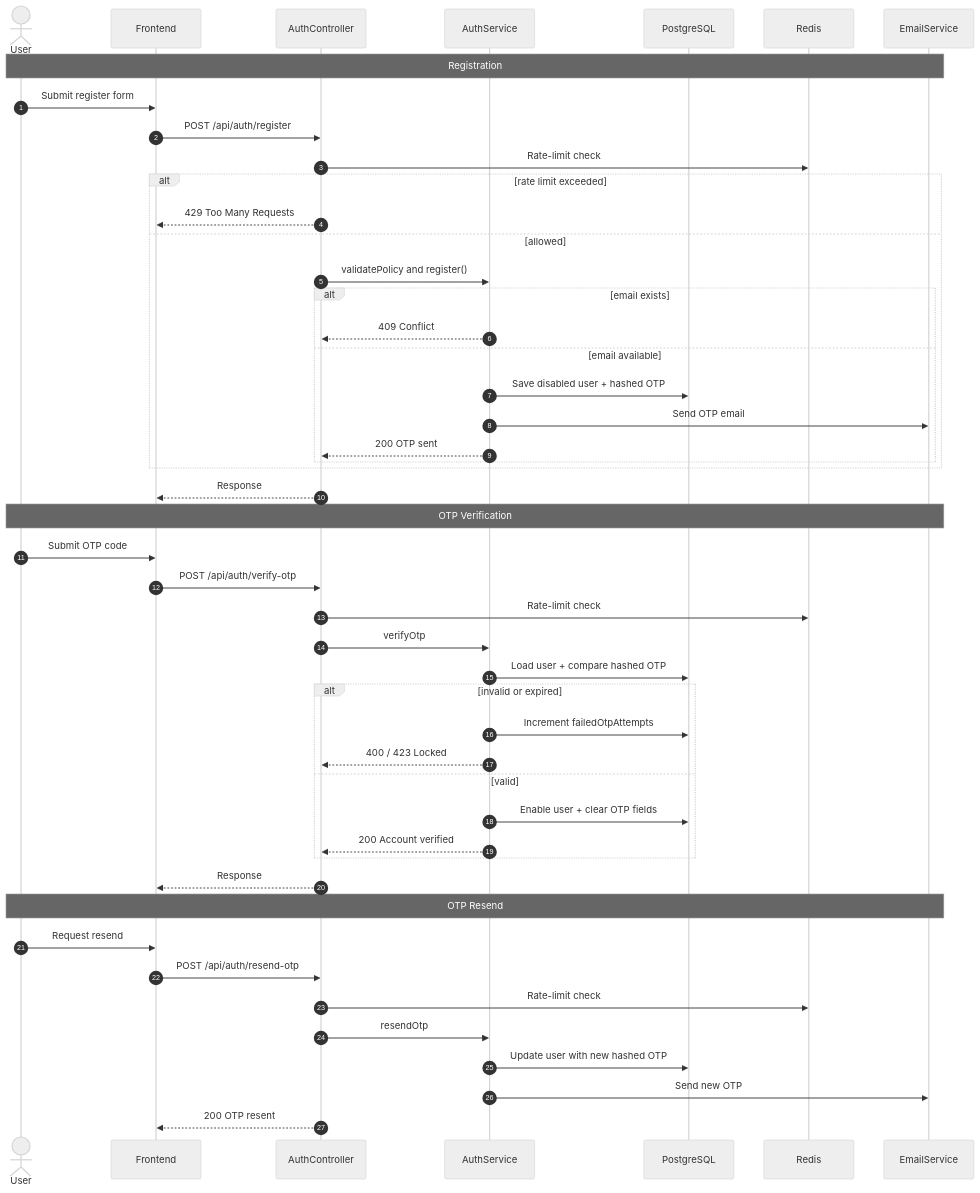
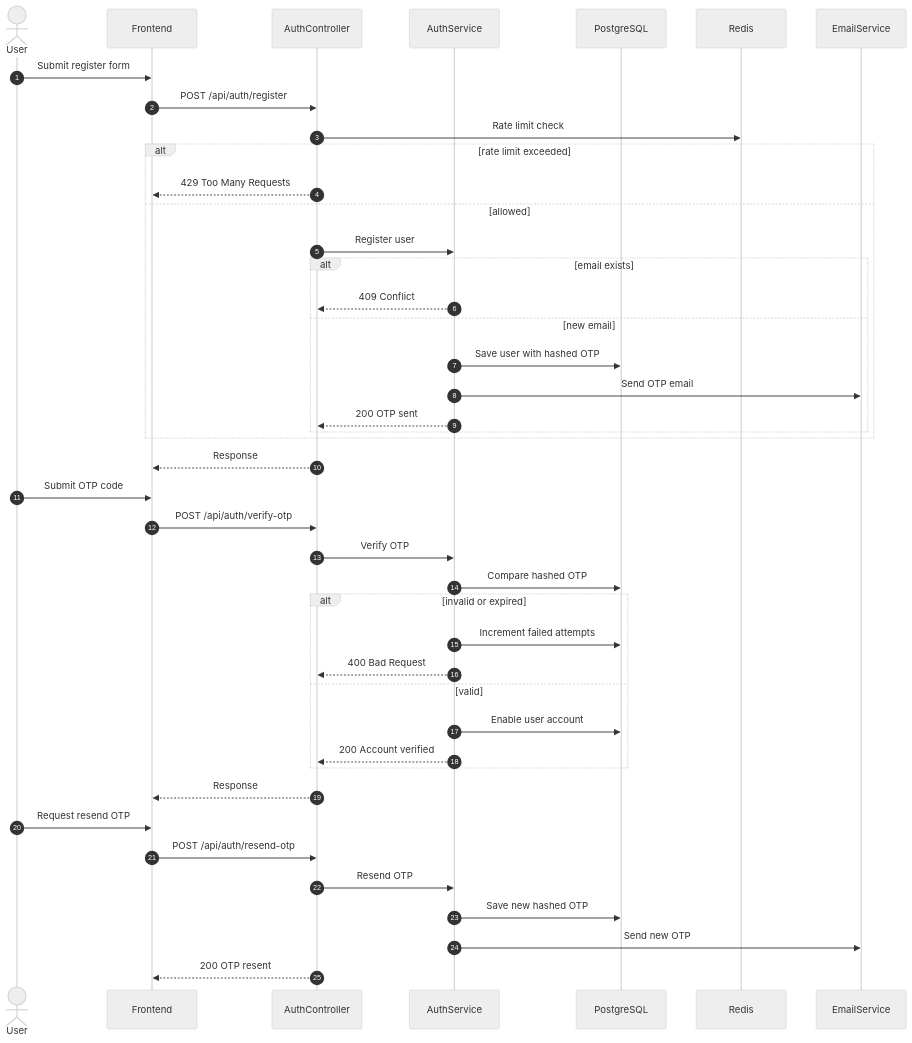
The sixth of 12 diagrams in README.md (himanshugupta91/Full-Stack-Authentication-System), drawn with Mermaid (neutral theme) before and after one commit. The commit also changed other lines of this file, not shown here.

Commit message:
Rewrite all 12 mermaid diagrams from scratch with plain GitHub-compatible syntax

````diff
--- a/README.md
+++ b/README.md
@@ -276,53 +260,46 @@
 ```mermaid
 sequenceDiagram
     autonumber
     actor User
     participant FE as Frontend
     participant API as AuthController
     participant SVC as AuthService
     participant DB as PostgreSQL
     participant REDIS as Redis
     participant MAIL as EmailService
 
-    Note over User,MAIL: Registration
     User->>FE: Submit register form
     FE->>API: POST /api/auth/register
-    API->>REDIS: Rate-limit check
+    API->>REDIS: Rate limit check
     alt rate limit exceeded
         API-->>FE: 429 Too Many Requests
     else allowed
-    API->>SVC: validatePolicy and register()
+        API->>SVC: Register user
         alt email exists
             SVC-->>API: 409 Conflict
-        else email available
-            SVC->>DB: Save disabled user + hashed OTP
+        else new email
+            SVC->>DB: Save user with hashed OTP
             SVC->>MAIL: Send OTP email
             SVC-->>API: 200 OTP sent
         end
     end
     API-->>FE: Response
-
-    Note over User,MAIL: OTP Verification
     User->>FE: Submit OTP code
     FE->>API: POST /api/auth/verify-otp
-    API->>REDIS: Rate-limit check
-    API->>SVC: verifyOtp
-    SVC->>DB: Load user + compare hashed OTP
+    API->>SVC: Verify OTP
+    SVC->>DB: Compare hashed OTP
     alt invalid or expired
-        SVC->>DB: Increment failedOtpAttempts
-        SVC-->>API: 400 / 423 Locked
+        SVC->>DB: Increment failed attempts
+        SVC-->>API: 400 Bad Request
     else valid
-        SVC->>DB: Enable user + clear OTP fields
+        SVC->>DB: Enable user account
         SVC-->>API: 200 Account verified
     end
     API-->>FE: Response
-
-    Note over User,MAIL: OTP Resend
-    User->>FE: Request resend
+    User->>FE: Request resend OTP
     FE->>API: POST /api/auth/resend-otp
-    API->>REDIS: Rate-limit check
-    API->>SVC: resendOtp
-    SVC->>DB: Update user with new hashed OTP
+    API->>SVC: Resend OTP
+    SVC->>DB: Save new hashed OTP
     SVC->>MAIL: Send new OTP
     API-->>FE: 200 OTP resent
 ```
````
